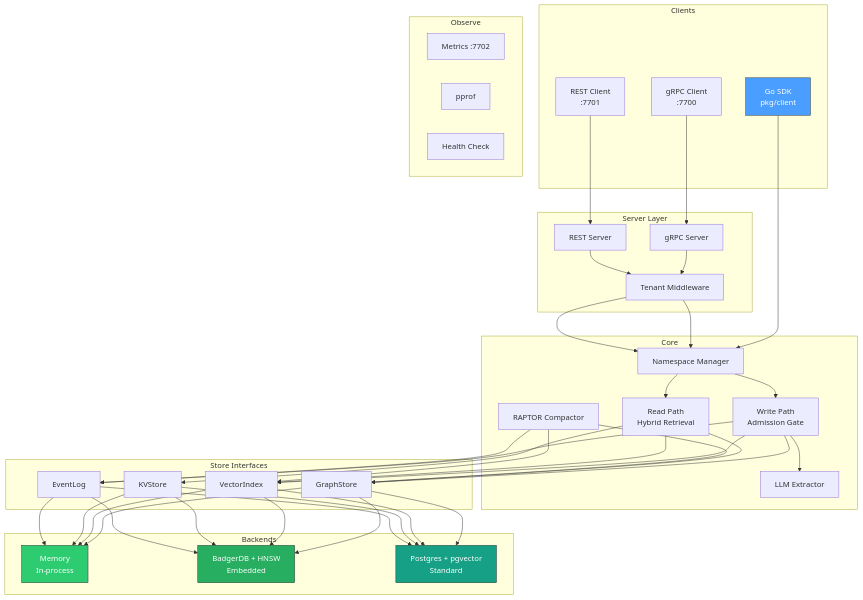
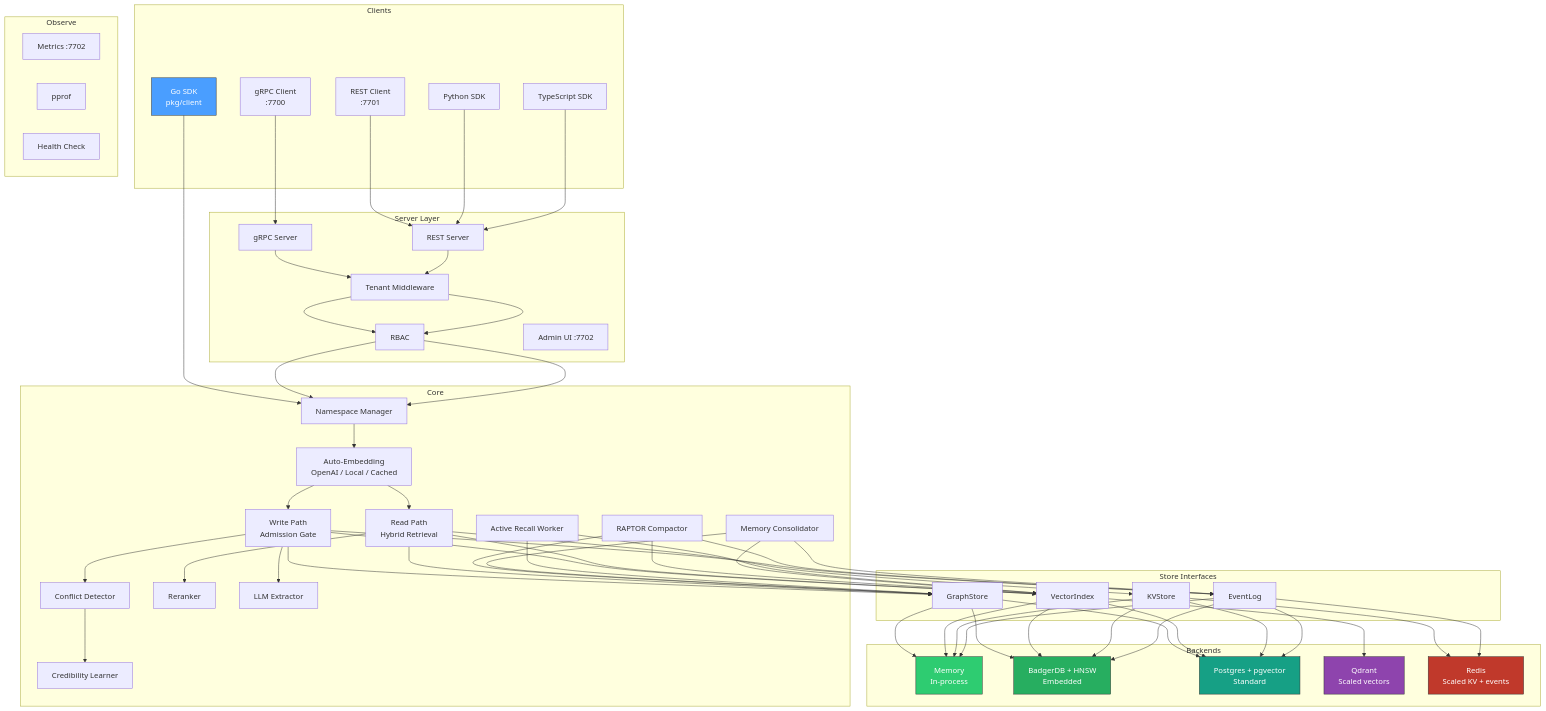
The diagram in docs/architecture/overview.md (antiartificial/contextdb), drawn with Mermaid before and after one commit. The commit also changed other lines of this file and 18 other files, not shown here.

````diff
--- a/docs/architecture/overview.md
+++ b/docs/architecture/overview.md
@@ -16,20 +16,30 @@
         SDK[Go SDK<br/>pkg/client]
         GRPC[gRPC Client<br/>:7700]
         REST[REST Client<br/>:7701]
+        PYSDK[Python SDK]
+        TSSDK[TypeScript SDK]
     end
 
     subgraph Server Layer
         GS[gRPC Server]
         RS[REST Server]
         TM[Tenant Middleware]
+        RBAC[RBAC]
+        ADM[Admin UI :7702]
     end
 
     subgraph Core
         NS[Namespace Manager]
+        EMB[Auto-Embedding<br/>OpenAI / Local / Cached]
         WP[Write Path<br/>Admission Gate]
+        CD[Conflict Detector]
+        CL[Credibility Learner]
         RP[Read Path<br/>Hybrid Retrieval]
+        RR[Reranker]
         EX[LLM Extractor]
         CO[RAPTOR Compactor]
+        CON[Memory Consolidator]
+        RCL[Active Recall Worker]
     end
 
     subgraph Store Interfaces
@@ -43,6 +53,8 @@
         MEM[Memory<br/>In-process]
         BAD[BadgerDB + HNSW<br/>Embedded]
         PG[Postgres + pgvector<br/>Standard]
+        QD[Qdrant<br/>Scaled vectors]
+        RDS[Redis<br/>Scaled KV + events]
     end
 
     subgraph Observe
@@ -52,20 +64,34 @@
     end
 
     SDK --> NS
-    GRPC --> GS --> TM --> NS
-    REST --> RS --> TM --> NS
-    NS --> WP
-    NS --> RP
+    GRPC --> GS --> TM --> RBAC --> NS
+    REST --> RS --> TM --> RBAC --> NS
+    PYSDK --> RS
+    TSSDK --> RS
+
+    NS --> EMB
+    EMB --> WP
+    EMB --> RP
+    WP --> CD
     WP --> EX
+    CD --> CL
     WP --> GI & VI & EL
+    RP --> RR
     RP --> GI & VI & KV
     CO --> GI & VI & EL
+    CON --> GI & VI & EL
+    RCL --> GI & VI
+
     GI & VI & KV & EL --> MEM
     GI & VI & KV & EL --> BAD
     GI & VI & KV & EL --> PG
+    VI --> QD
+    KV & EL --> RDS
 
     style SDK fill:#4a9eff,stroke:#333,color:#fff
     style MEM fill:#2ecc71,stroke:#333,color:#fff
     style BAD fill:#27ae60,stroke:#333,color:#fff
     style PG fill:#16a085,stroke:#333,color:#fff
+    style QD fill:#8e44ad,stroke:#333,color:#fff
+    style RDS fill:#c0392b,stroke:#333,color:#fff
 ```
````
